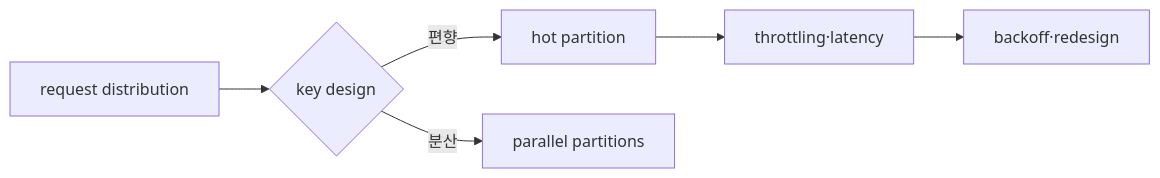
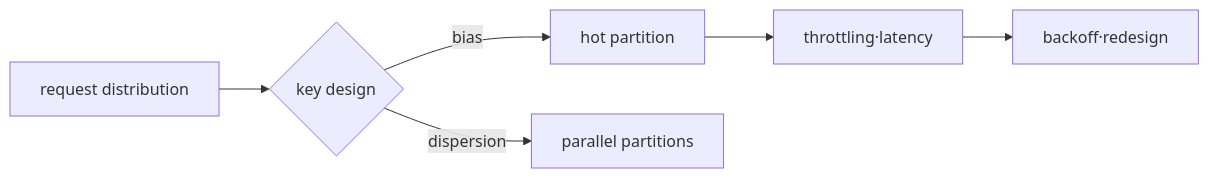
One commit to nohdol97/nohdol-study changed the diagram in docs-site/content/nosql/02-ttl-hot-key-lab.md. Above: the diagram before and after it, drawn with Mermaid. The commit also changed other lines of this file and 116 other files, not shown here.

````diff
--- a/docs-site/content/nosql/02-ttl-hot-key-lab.md
+++ b/docs-site/content/nosql/02-ttl-hot-key-lab.md
@@ -66,8 +66,8 @@
 ```mermaid
 flowchart LR
     W[request distribution] --> K{key design}
-    K -->|편향| H[hot partition]
-    K -->|분산| P[parallel partitions]
+    K -->|bias| H[hot partition]
+    K -->|dispersion| P[parallel partitions]
     H --> T[throttling·latency]
     T --> B[backoff·redesign]
 ```
````
